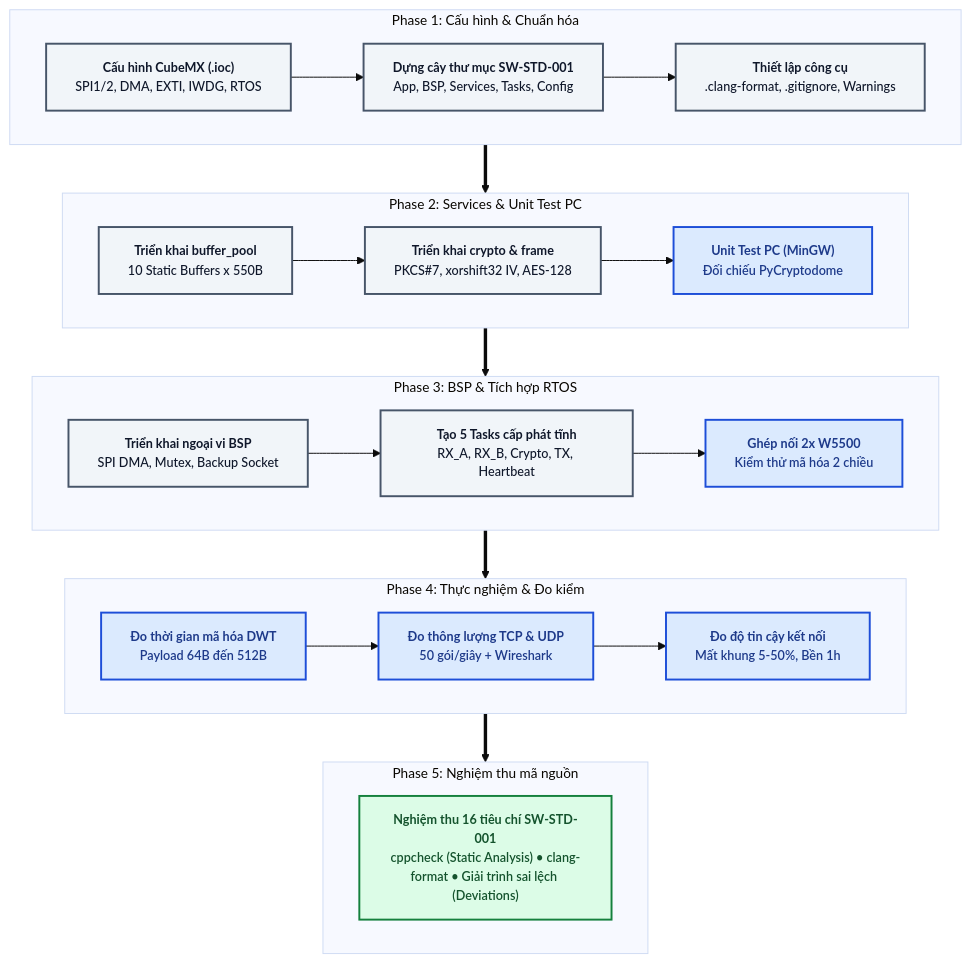
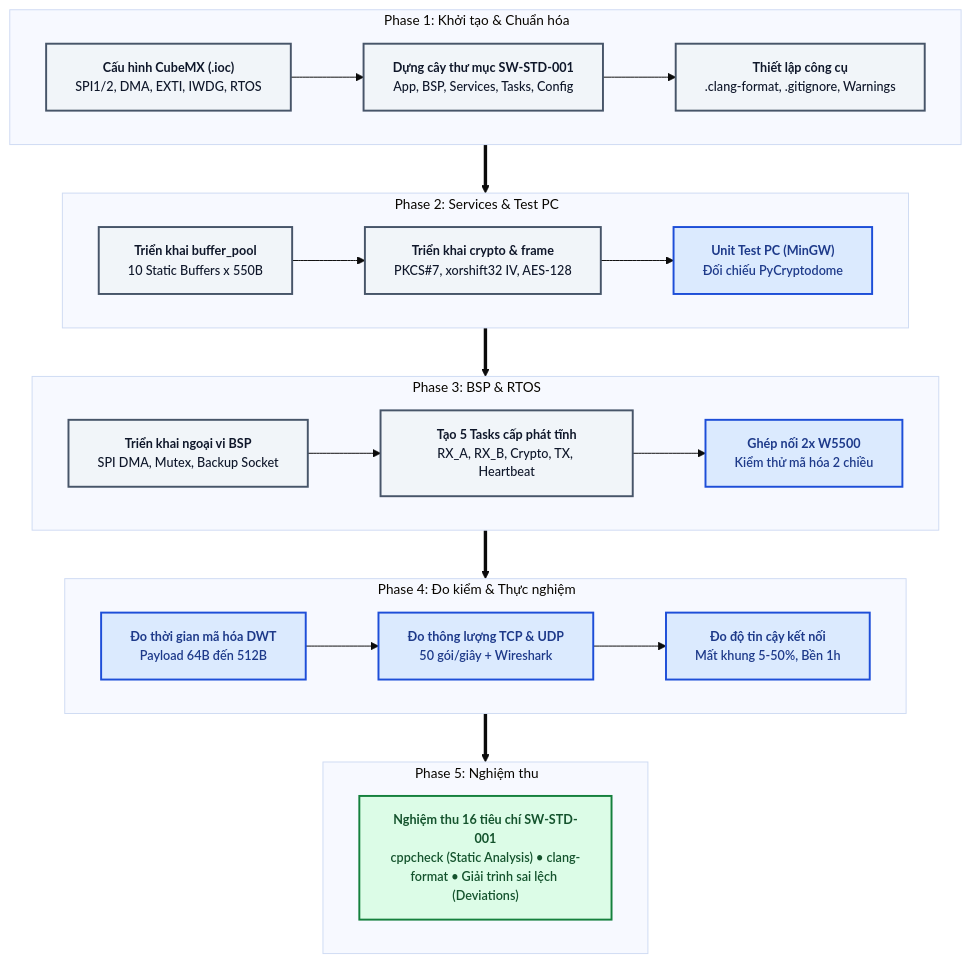
Before and after one commit to Draconic211/Secure_Gateway_AES128_STM32: the first of 2 diagrams in README.md, drawn with Mermaid.

````diff
--- a/README.md
+++ b/README.md
@@ -7,43 +7,43 @@
 ```mermaid
 %%{init: {'theme': 'base', 'themeVariables': { 'fontSize': '14px', 'fontFamily': 'ui-sans-serif, system-ui, Segoe UI, Roboto, sans-serif' }}}%%
 flowchart TD
     classDef default font-size:13px,color:#0F172A;
     classDef stepClass      fill:#F1F5F9,stroke:#475569,stroke-width:2px,color:#0F172A,font-weight:500;
     classDef highlightClass fill:#DBEAFE,stroke:#1D4ED8,stroke-width:2px,color:#1E3A8A,font-weight:600;
     classDef finalizeClass  fill:#DCFCE7,stroke:#15803D,stroke-width:2px,color:#14532D,font-weight:600;
 
-    subgraph G1[" Phase 1: Cấu hình & Chuẩn hóa   "]
+    subgraph G1["Phase 1: Khởi tạo & Chuẩn hóa &nbsp;&nbsp;&nbsp;&nbsp;"]
         direction LR
         A1["<b>Cấu hình CubeMX (.ioc)</b><br/>SPI1/2, DMA, EXTI, IWDG, RTOS"] --> A2["<b>Dựng cây thư mục SW-STD-001</b><br/>App, BSP, Services, Tasks, Config"]
         A2 --> A3["<b>Thiết lập công cụ</b><br/>.clang-format, .gitignore, Warnings"]
     end
 
-    subgraph G2[" Phase 2: Services & Unit Test PC   "]
+    subgraph G2["Phase 2: Services & Test PC &nbsp;&nbsp;&nbsp;&nbsp;"]
         direction LR
         B1["<b>Triển khai buffer_pool</b><br/>10 Static Buffers x 550B"] --> B2["<b>Triển khai crypto & frame</b><br/>PKCS#7, xorshift32 IV, AES-128"]
         B2 --> B3["<b>Unit Test PC (MinGW)</b><br/>Đối chiếu PyCryptodome"]
     end
 
-    subgraph G3[" Phase 3: BSP & Tích hợp RTOS   "]
+    subgraph G3["Phase 3: BSP & RTOS &nbsp;&nbsp;&nbsp;&nbsp;"]
         direction LR
         C1["<b>Triển khai ngoại vi BSP</b><br/>SPI DMA, Mutex, Backup Socket"] --> C2["<b>Tạo 5 Tasks cấp phát tĩnh</b><br/>RX_A, RX_B, Crypto, TX, Heartbeat"]
         C2 --> C3["<b>Ghép nối 2x W5500</b><br/>Kiểm thử mã hóa 2 chiều"]
     end
 
-    subgraph G4[" Phase 4: Thực nghiệm & Đo kiểm   "]
+    subgraph G4["Phase 4: Đo kiểm & Thực nghiệm &nbsp;&nbsp;&nbsp;&nbsp;"]
         direction LR
         D1["<b>Đo thời gian mã hóa DWT</b><br/>Payload 64B đến 512B"] --> D2["<b>Đo thông lượng TCP & UDP</b><br/>50 gói/giây + Wireshark"]
         D2 --> D3["<b>Đo độ tin cậy kết nối</b><br/>Mất khung 5-50%, Bền 1h"]
     end
 
-    subgraph G5[" Phase 5: Nghiệm thu mã nguồn   "]
+    subgraph G5["Phase 5: Nghiệm thu &nbsp;&nbsp;&nbsp;&nbsp;"]
         direction LR
         E1["<b>Nghiệm thu 16 tiêu chí SW-STD-001</b><br/>cppcheck (Static Analysis) • clang-format • Giải trình sai lệch (Deviations)"]
     end
 
     G1 ==> G2 ==> G3 ==> G4 ==> G5
 
     class A1,A2,A3,B1,B2,C1,C2 stepClass;
     class B3,C3,D1,D2,D3 highlightClass;
     class E1 finalizeClass;
 ```
````
